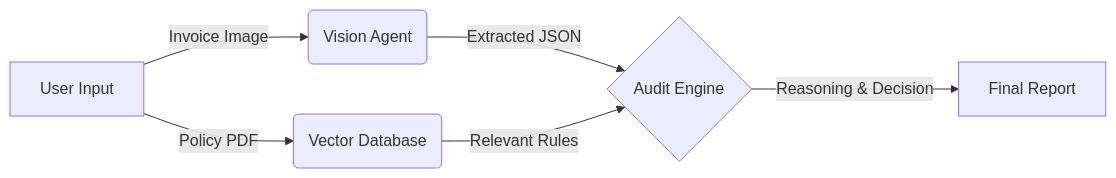
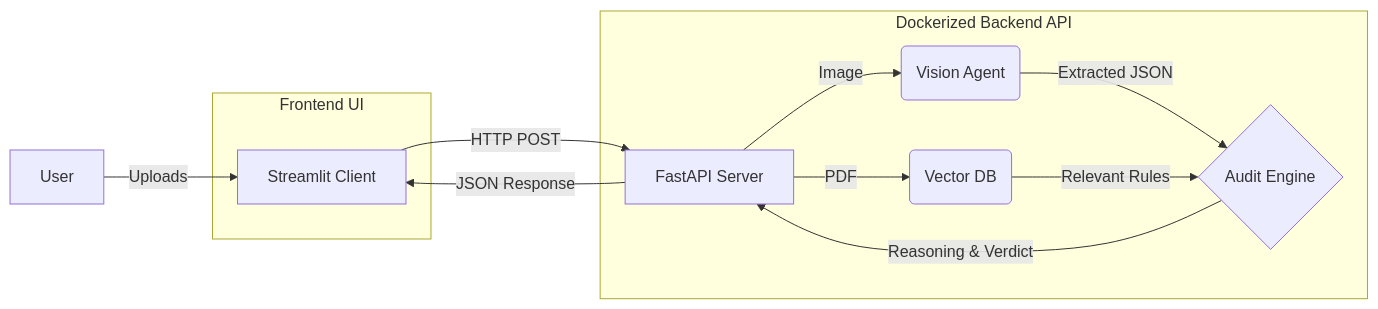
The diagram in README.md (Officialhimanshu710/compliance-audit-agent), drawn with Mermaid before and after one commit. The commit also changed other lines of this file, not shown here.

````diff
--- a/README.md
+++ b/README.md
@@ -26,8 +29,20 @@
 ```mermaid
 graph LR
-    A[User Input] -->|Invoice Image| B(Vision Agent)
-    A -->|Policy PDF| C(Vector Database)
-    B -->|Extracted JSON| D{Audit Engine}
-    C -->|Relevant Rules| D
-    D -->|Reasoning & Decision| E[Final Report]
+  subgraph Frontend UI
+    UI[Streamlit Client]
+  end
+  subgraph Dockerized Backend API
+    API[FastAPI Server]
+    VA(Vision Agent)
+    VD(Vector DB)
+    AE{Audit Engine}
+  end
+  User -->|Uploads| UI
+  UI -->|HTTP POST| API
+  API -->|Image| VA
+  API -->|PDF| VD
+  VA -->|Extracted JSON| AE
+  VD -->|Relevant Rules| AE
+  AE -->|Reasoning & Verdict| API
+  API -->|JSON Response| UI
 ```
````
